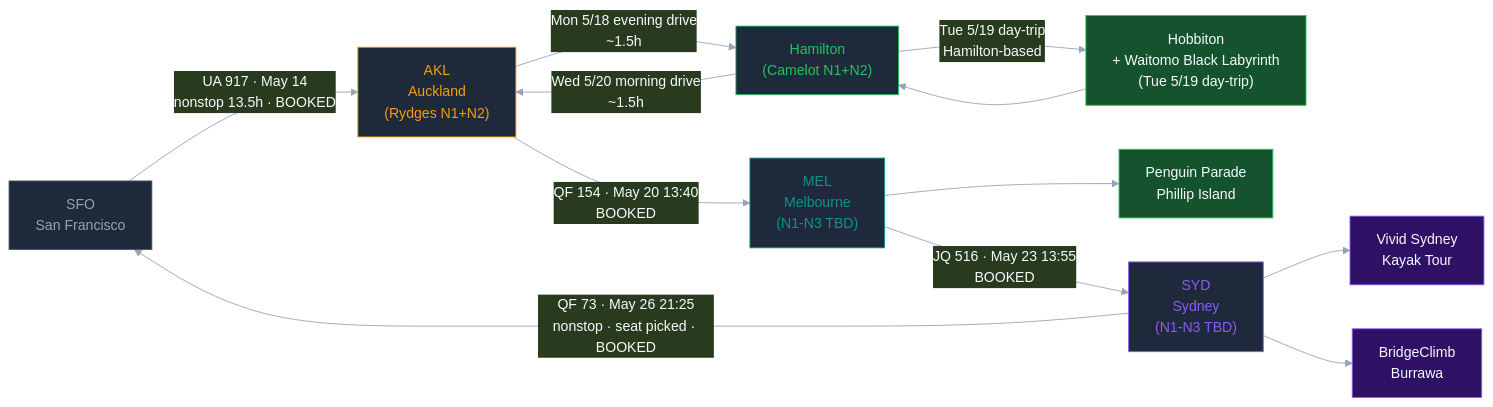
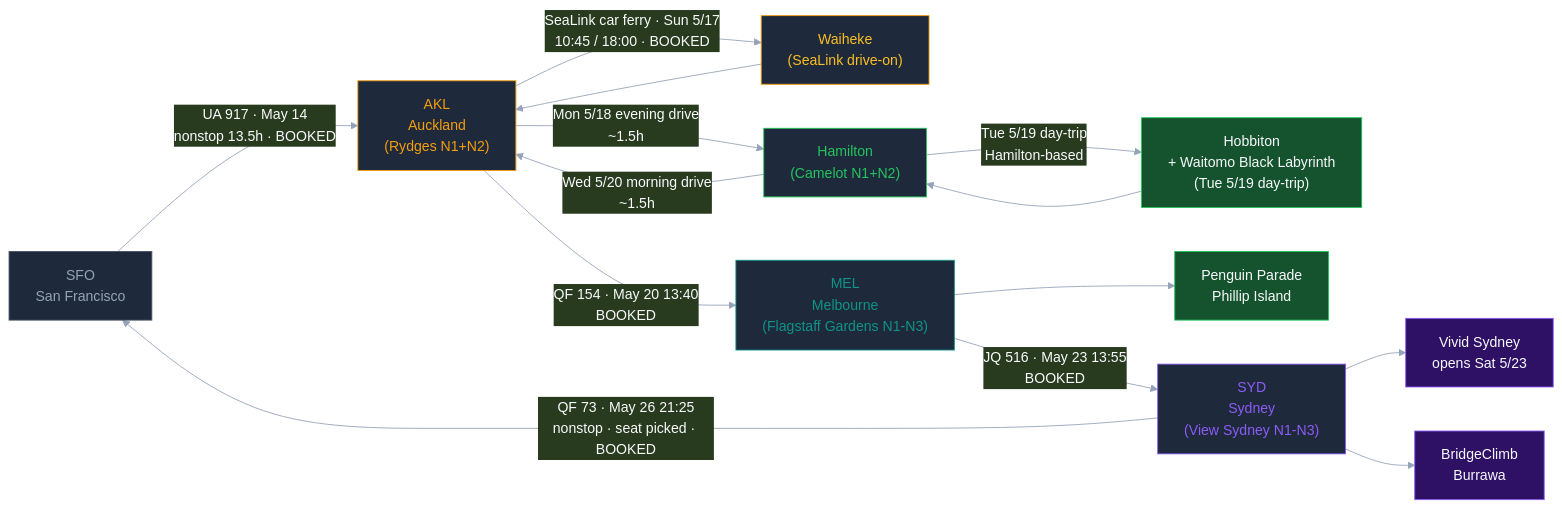
One commit to allstoncodes/nz-aus-2026 changed the third of 3 diagrams in README.md. Above: the diagram before and after it, drawn with Mermaid. The commit also changed other lines of this file and 1 other file, not shown here.

````diff
--- a/README.md
+++ b/README.md
@@ -92,35 +110,39 @@
 ```mermaid
 %%{init: {'theme': 'base', 'themeVariables': {'primaryColor': '#1E293B', 'primaryTextColor': '#F8FAFC', 'primaryBorderColor': '#F59E0B', 'lineColor': '#94A3B8'}}}%%
 flowchart LR
   SFO["SFO\nSan Francisco"]
   AKL["AKL\nAuckland\n(Rydges N1+N2)"]
+  WAI["Waiheke\n(SeaLink drive-on)"]
   HAM["Hamilton\n(Camelot N1+N2)"]
   HOB["Hobbiton\n+ Waitomo Black Labyrinth\n(Tue 5/19 day-trip)"]
-  MEL["MEL\nMelbourne\n(N1-N3 TBD)"]
+  MEL["MEL\nMelbourne\n(Flagstaff Gardens N1-N3)"]
   PHI["Penguin Parade\nPhillip Island"]
-  SYD["SYD\nSydney\n(N1-N3 TBD)"]
-  VIV["Vivid Sydney\nKayak Tour"]
+  SYD["SYD\nSydney\n(View Sydney N1-N3)"]
+  VIV["Vivid Sydney\nopens Sat 5/23"]
   BUR["BridgeClimb\nBurrawa"]
 
   SFO -->|"UA 917 · May 14\nnonstop 13.5h · BOOKED"| AKL
+  AKL -->|"SeaLink car ferry · Sun 5/17\n10:45 / 18:00 · BOOKED"| WAI
+  WAI --> AKL
   AKL -->|"Mon 5/18 evening drive\n~1.5h"| HAM
   HAM -->|"Tue 5/19 day-trip\nHamilton-based"| HOB
   HOB --> HAM
   HAM -->|"Wed 5/20 morning drive\n~1.5h"| AKL
   AKL -->|"QF 154 · May 20 13:40\nBOOKED"| MEL
   MEL --> PHI
   MEL -->|"JQ 516 · May 23 13:55\nBOOKED"| SYD
   SYD --> VIV
   SYD --> BUR
   SYD -->|"QF 73 · May 26 21:25\nnonstop · seat picked · BOOKED"| SFO
 
   style SFO fill:#1E293B,stroke:#475569,color:#94A3B8
   style AKL fill:#1E293B,stroke:#F59E0B,color:#F59E0B
+  style WAI fill:#1E293B,stroke:#F59E0B,color:#FBBF24
   style HAM fill:#1E293B,stroke:#22C55E,color:#22C55E
   style MEL fill:#1E293B,stroke:#0D9488,color:#0D9488
   style SYD fill:#1E293B,stroke:#8B5CF6,color:#8B5CF6
   style HOB fill:#14532D,stroke:#22C55E,color:#F8FAFC
   style PHI fill:#14532D,stroke:#22C55E,color:#F8FAFC
   style VIV fill:#2E1065,stroke:#8B5CF6,color:#F8FAFC
   style BUR fill:#2E1065,stroke:#8B5CF6,color:#F8FAFC
 ```
````
